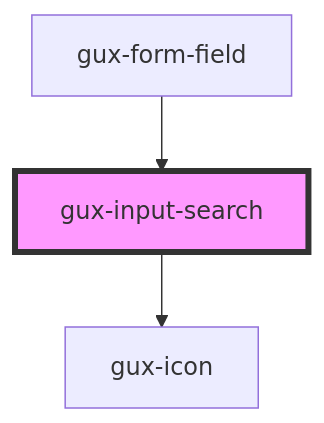
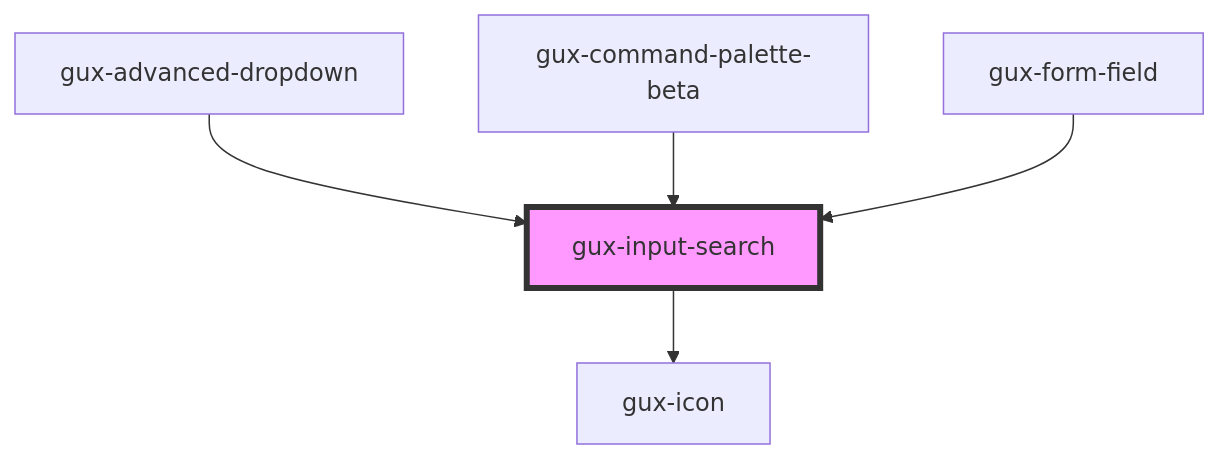
One commit to MyPureCloud/genesys-spark changed the diagram in src/components/stable/gux-form-field/components/gux-input-search/readme.md. Above: the diagram before and after it, drawn with Mermaid. The commit also changed other lines of this file and 8 other files, not shown here.

````diff
--- a/src/components/stable/gux-form-field/components/gux-input-search/readme.md
+++ b/src/components/stable/gux-form-field/components/gux-input-search/readme.md
@@ -24,6 +26,8 @@
 ```mermaid
 graph TD;
   gux-input-search --> gux-icon
+  gux-advanced-dropdown --> gux-input-search
+  gux-command-palette-beta --> gux-input-search
   gux-form-field --> gux-input-search
   style gux-input-search fill:#f9f,stroke:#333,stroke-width:4px
 ```
````
